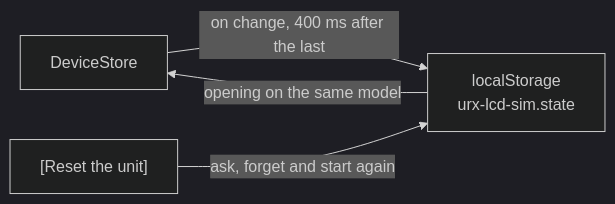
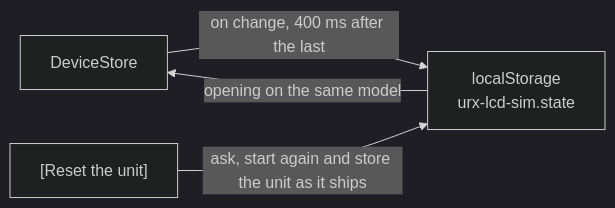
One commit to semnil/urx-lcd-sim changed the second of 2 diagrams in docs/en/architecture.md. Above: the diagram before and after it, drawn with Mermaid (dark theme). The commit also changed other lines of this file and 8 other files, not shown here.

````diff
--- a/docs/en/architecture.md
+++ b/docs/en/architecture.md
@@ -134,6 +146,6 @@
 ```mermaid
 flowchart LR
   ST["DeviceStore"] -->|"on change, 400 ms after the last"| LS["localStorage<br/>urx-lcd-sim.state"]
   LS -->|"opening on the same model"| ST
-  RS["[Reset the unit]"] -->|"ask, forget and start again"| LS
+  RS["[Reset the unit]"] -->|"ask, start again and store the unit as it ships"| LS
 ```
````
